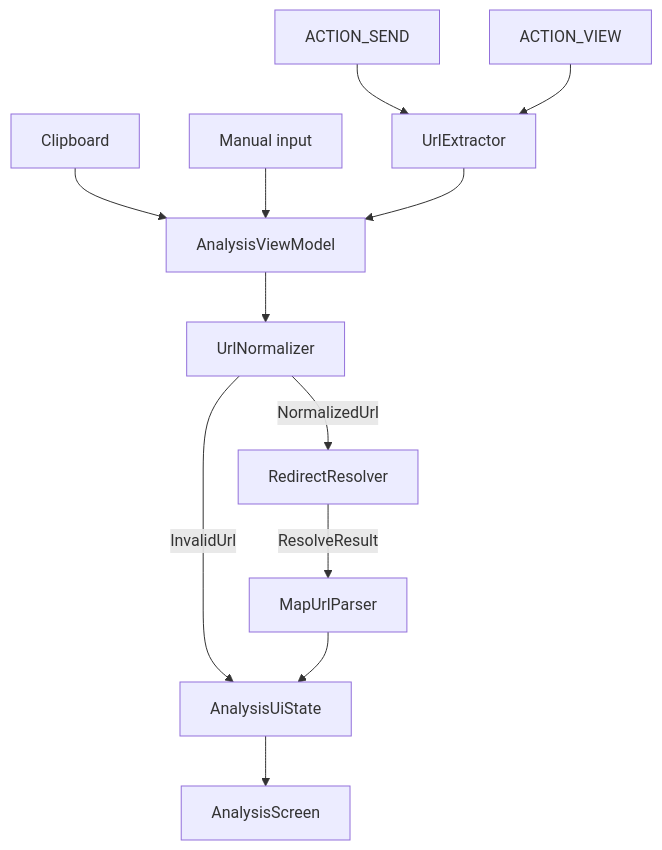
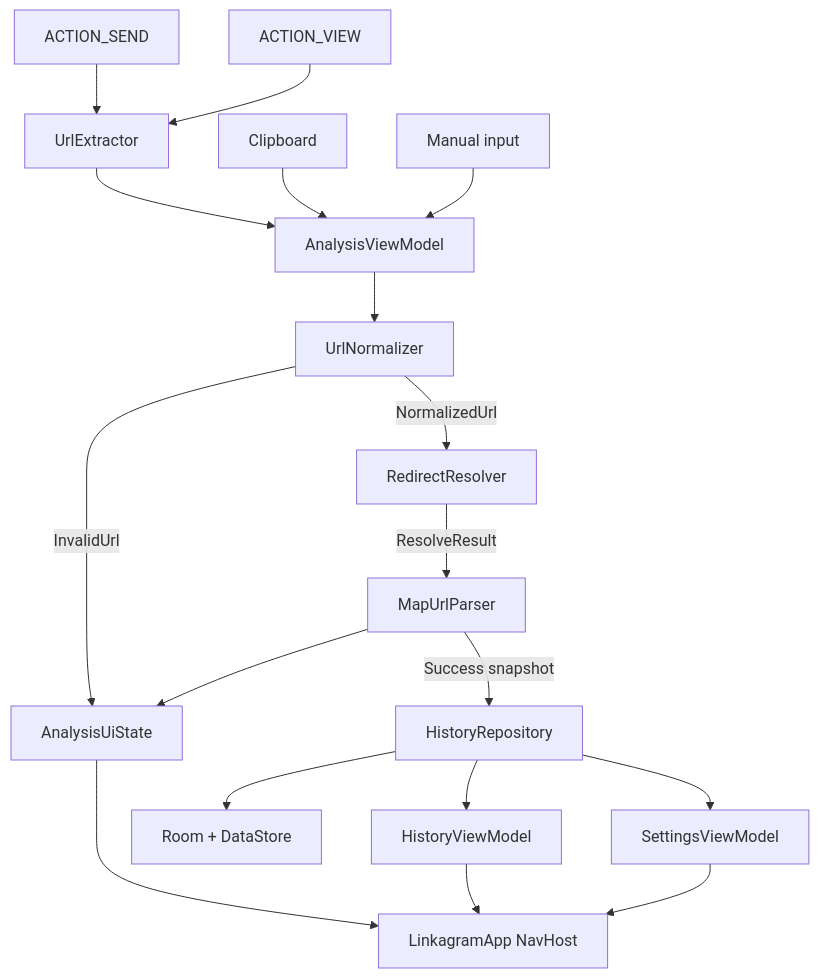
One commit to miksask/linkagram changed the diagram in docs/architecture.md. Above: the diagram before and after it, drawn with Mermaid. The commit also changed other lines of this file and 72 other files, not shown here.

First line of the commit message:
Add opt-in local analysis history with Room storage.

````diff
--- a/docs/architecture.md
+++ b/docs/architecture.md
@@ -24,14 +31,20 @@
 ```mermaid
 flowchart TD
     Share["ACTION_SEND"] --> Extractor
     View["ACTION_VIEW"] --> Extractor
-    Clipboard["Clipboard"] --> ViewModel
-    Manual["Manual input"] --> ViewModel
-    Extractor["UrlExtractor"] --> ViewModel
-    ViewModel["AnalysisViewModel"] --> Normalizer["UrlNormalizer"]
-    Normalizer -->|"InvalidUrl"| State["AnalysisUiState"]
+    Clipboard["Clipboard"] --> AnalysisVM
+    Manual["Manual input"] --> AnalysisVM
+    Extractor["UrlExtractor"] --> AnalysisVM
+    AnalysisVM["AnalysisViewModel"] --> Normalizer["UrlNormalizer"]
+    Normalizer -->|"InvalidUrl"| AnalysisState["AnalysisUiState"]
     Normalizer -->|"NormalizedUrl"| Resolver["RedirectResolver"]
     Resolver -->|"ResolveResult"| Parser["MapUrlParser"]
-    Parser --> State
-    State --> Screen["AnalysisScreen"]
+    Parser --> AnalysisState
+    Parser -->|"Success snapshot"| HistoryRepo["HistoryRepository"]
+    HistoryRepo --> RoomDB["Room + DataStore"]
+    HistoryRepo --> HistoryVM["HistoryViewModel"]
+    HistoryRepo --> SettingsVM["SettingsViewModel"]
+    AnalysisState --> Screen["LinkagramApp NavHost"]
+    HistoryVM --> Screen
+    SettingsVM --> Screen
 ```
````
